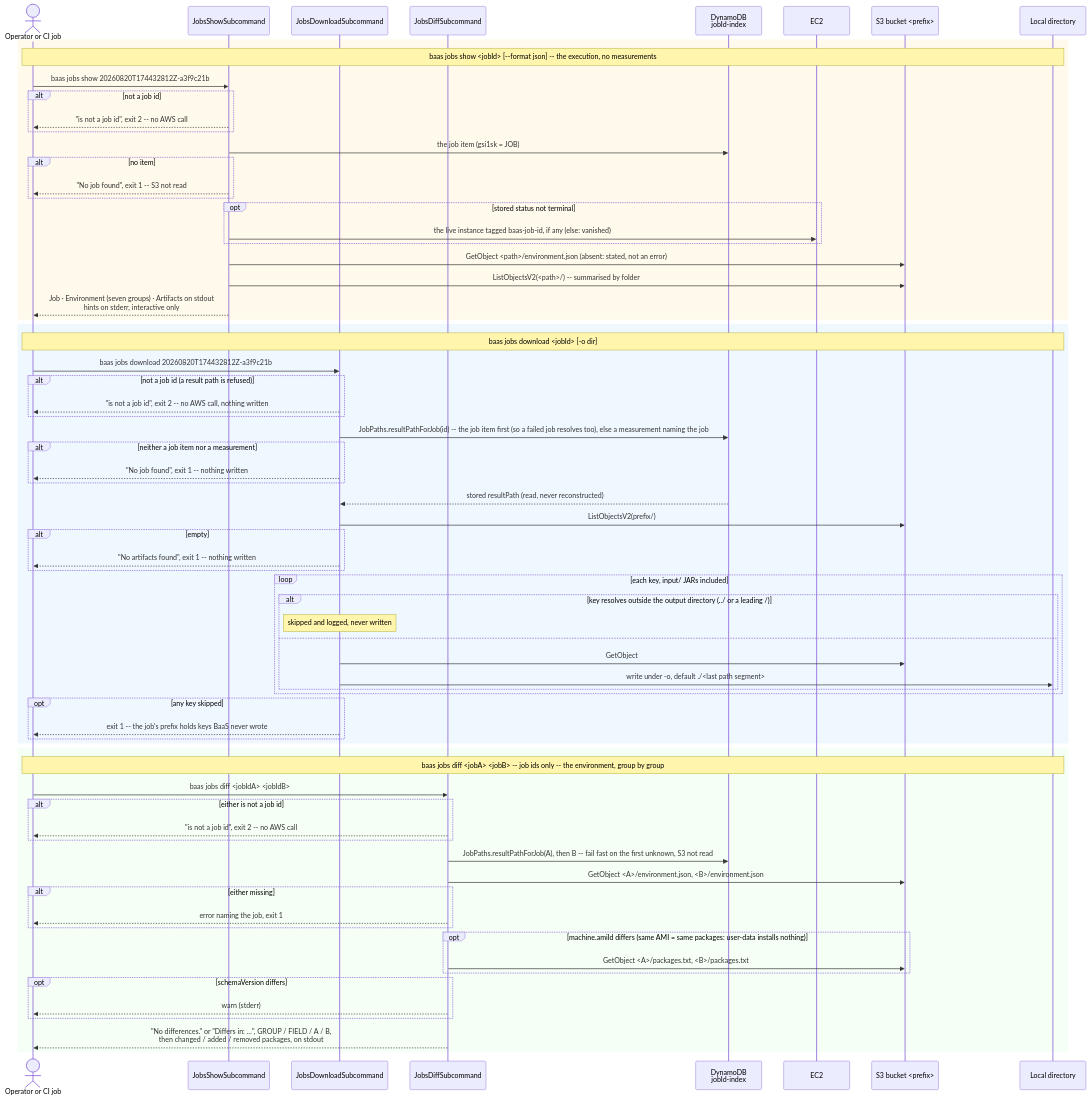
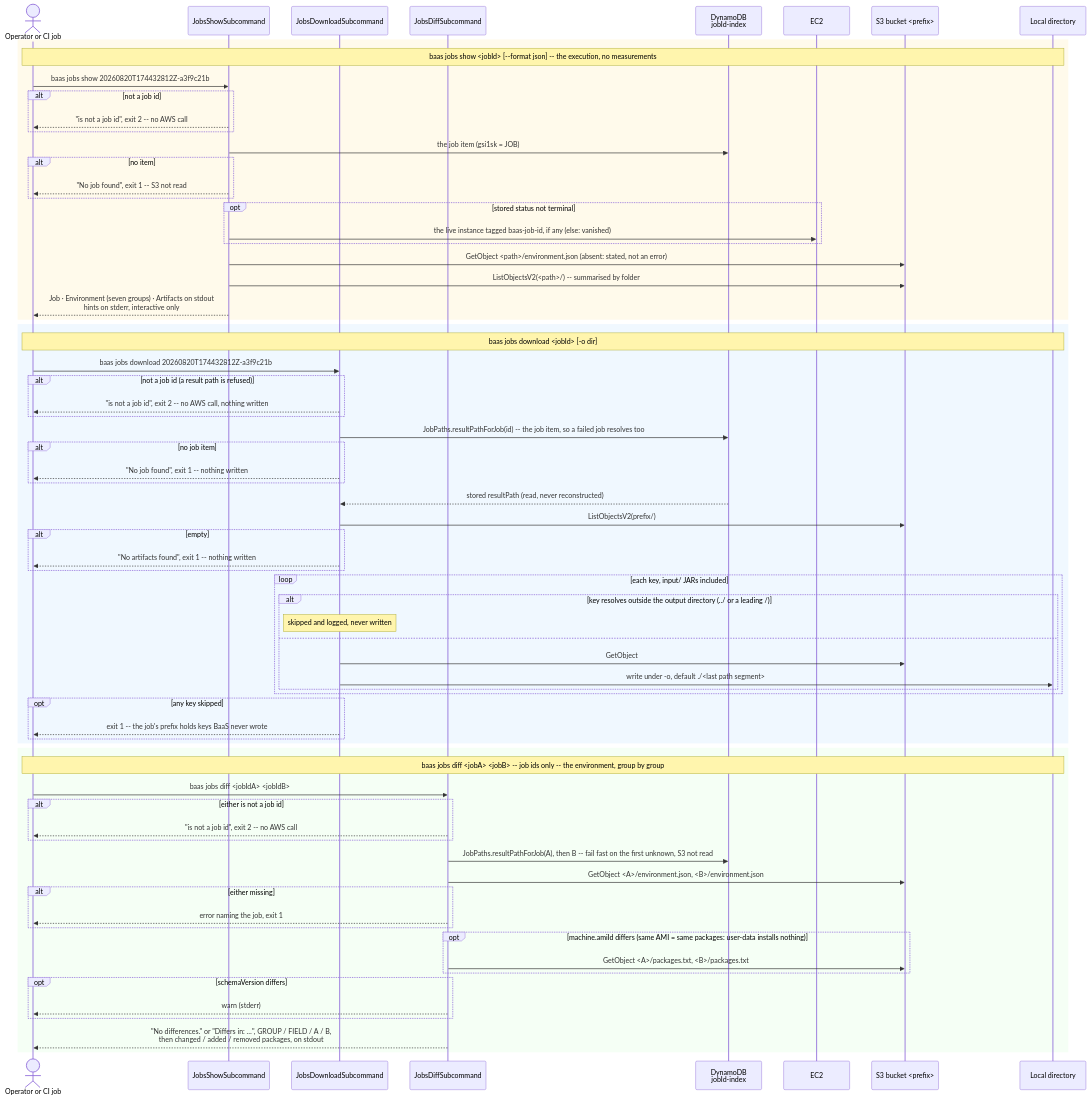
The diagram in docs/diagrams/baas-jobs-show-diff.mmd (wsztajerowski/benchmark-as-a-service), drawn with Mermaid before and after one commit. The commit also changed 3 other files, not shown here.

First line of the commit message:
refactor(cli): resolve a job's path from its job item only

```diff
--- a/docs/diagrams/baas-jobs-show-diff.mmd
+++ b/docs/diagrams/baas-jobs-show-diff.mmd
@@ -1,75 +1,75 @@
 sequenceDiagram
     actor User as Operator or CI job
     participant JS as JobsShowSubcommand
     participant DL as JobsDownloadSubcommand
     participant ED as JobsDiffSubcommand
     participant DDB as DynamoDB<br/>jobId-index
     participant EC2 as EC2
     participant S3 as S3 bucket <prefix>
     participant FS as Local directory
 
     rect rgb(255, 250, 235)
         Note over User,FS: baas jobs show <jobId> [--format json] -- the execution, no measurements
         User->>JS: baas jobs show 20260820T174432812Z-a3f9c21b
         alt not a job id
             JS-->>User: "is not a job id", exit 2 -- no AWS call
         end
         JS->>DDB: the job item (gsi1sk = JOB)
         alt no item
             JS-->>User: "No job found", exit 1 -- S3 not read
         end
         opt stored status not terminal
             JS->>EC2: the live instance tagged baas-job-id, if any (else: vanished)
         end
         JS->>S3: GetObject <path>/environment.json (absent: stated, not an error)
         JS->>S3: ListObjectsV2(<path>/) -- summarised by folder
         JS-->>User: Job · Environment (seven groups) · Artifacts on stdout<br/>hints on stderr, interactive only
     end
 
     rect rgb(240, 248, 255)
         Note over User,FS: baas jobs download <jobId> [-o dir]
         User->>DL: baas jobs download 20260820T174432812Z-a3f9c21b
         alt not a job id (a result path is refused)
             DL-->>User: "is not a job id", exit 2 -- no AWS call, nothing written
         end
-        DL->>DDB: JobPaths.resultPathForJob(id) -- the job item first (so a failed job resolves too), else a measurement naming the job
-        alt neither a job item nor a measurement
+        DL->>DDB: JobPaths.resultPathForJob(id) -- the job item, so a failed job resolves too
+        alt no job item
             DL-->>User: "No job found", exit 1 -- nothing written
         end
         DDB-->>DL: stored resultPath (read, never reconstructed)
         DL->>S3: ListObjectsV2(prefix/)
         alt empty
             DL-->>User: "No artifacts found", exit 1 -- nothing written
         end
         loop each key, input/ JARs included
             alt key resolves outside the output directory (../ or a leading /)
                 Note over DL: skipped and logged, never written
             else
                 DL->>S3: GetObject
                 DL->>FS: write under -o, default ./<last path segment>
             end
         end
         opt any key skipped
             DL-->>User: exit 1 -- the job's prefix holds keys BaaS never wrote
         end
     end
 
     rect rgb(245, 255, 245)
         Note over User,FS: baas jobs diff <jobA> <jobB> -- job ids only -- the environment, group by group
         User->>ED: baas jobs diff <jobIdA> <jobIdB>
         alt either is not a job id
             ED-->>User: "is not a job id", exit 2 -- no AWS call
         end
         ED->>DDB: JobPaths.resultPathForJob(A), then B -- fail fast on the first unknown, S3 not read
         ED->>S3: GetObject <A>/environment.json, <B>/environment.json
         alt either missing
             ED-->>User: error naming the job, exit 1
         end
         opt machine.amiId differs (same AMI = same packages: user-data installs nothing)
             ED->>S3: GetObject <A>/packages.txt, <B>/packages.txt
         end
         opt schemaVersion differs
             ED-->>User: warn (stderr)
         end
         ED-->>User: "No differences." or "Differs in: …", GROUP / FIELD / A / B,<br/>then changed / added / removed packages, on stdout
     end
```
